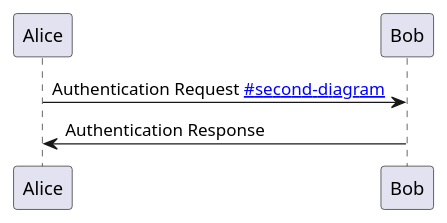
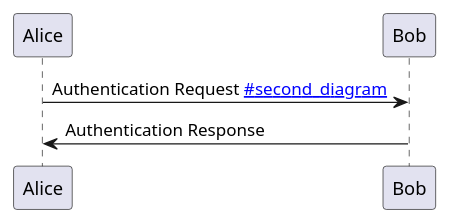
The first of 2 diagrams in wiki/diagrams.md (beckje01/plantuml-test), drawn with PlantUML before and after one commit. The commit also changed other lines of this file, not shown here.

Commit message:
Update diagram names to use underscores
Per user feedback, this commit updates the diagram names in wiki/diagrams.md to use underscores instead of hyphens. This includes updating the link and anchor for the second diagram.

````diff
--- a/wiki/diagrams.md
+++ b/wiki/diagrams.md
@@ -5,6 +5,6 @@
 ```plantuml
-@startuml first-diagram
-Alice -> Bob: Authentication Request [[#second-diagram]]
+@startuml first_diagram
+Alice -> Bob: Authentication Request [[#second_diagram]]
 Bob -> Alice: Authentication Response
 @enduml
 ```
````
